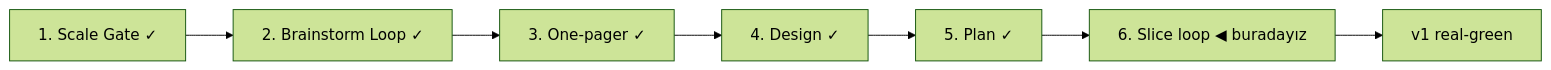
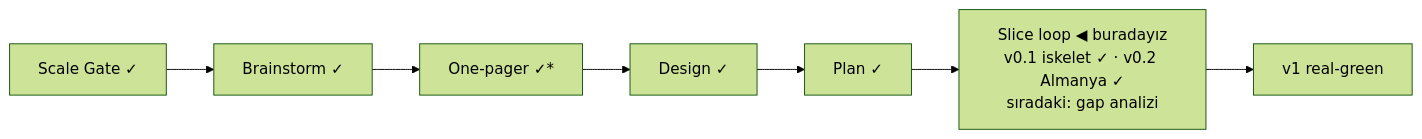
One commit to OytunOnal/permit-rulebook changed the diagram in STATUS.md. Above: the diagram before and after it, drawn with Mermaid (forest theme). The commit also changed other lines of this file and 4 other files, not shown here.

Commit message:
S2 real-green, v0.1/v0.2 stamps, steward-format ledgers (kanban board+versions, ARCHITECTURE.md, capability names)

````diff
--- a/STATUS.md
+++ b/STATUS.md
@@ -7,8 +7,6 @@
 ```mermaid
 flowchart LR
-    A[1. Scale Gate ✓] --> B[2. Brainstorm Loop ✓] --> C[3. One-pager ✓]
-    C --> D[4. Design ✓]
-    D --> E[5. Plan ✓]
-    E --> F[6. Slice loop ◀ buradayız]
+    A[Scale Gate ✓] --> B[Brainstorm ✓] --> C[One-pager ✓*] --> D[Design ✓] --> E[Plan ✓]
+    E --> F["Slice loop ◀ buradayız<br/>v0.1 iskelet ✓ · v0.2 Almanya ✓<br/>sıradaki: gap analizi"]
     F --> G[v1 real-green]
 ```
````
